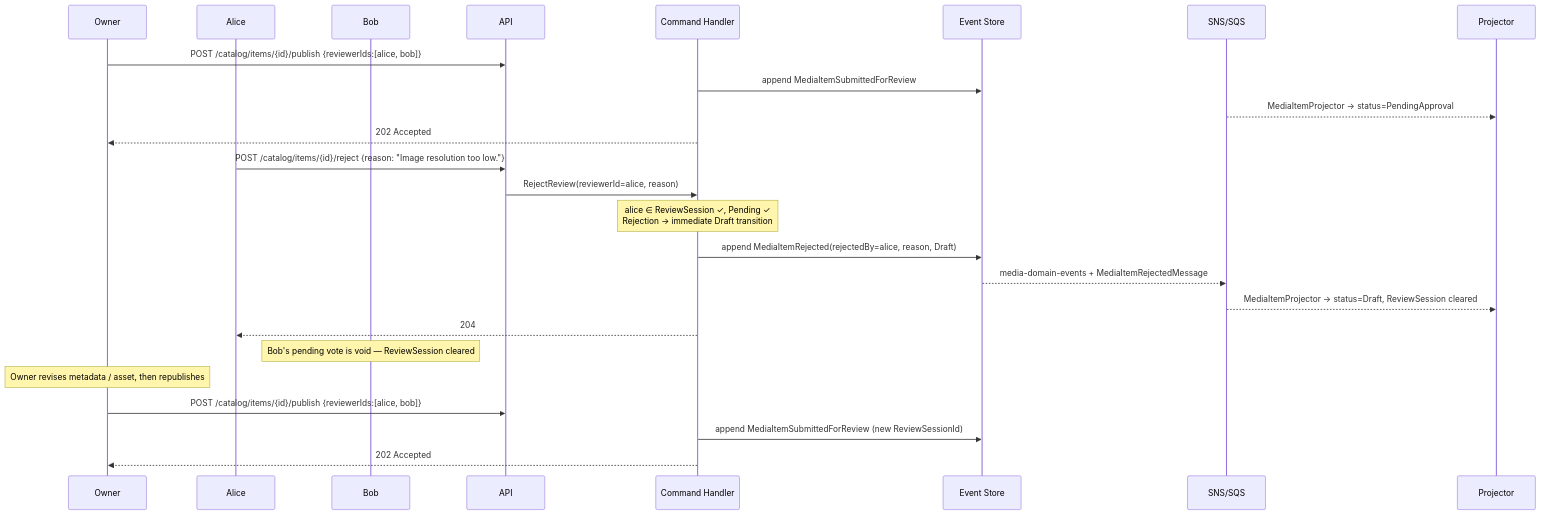
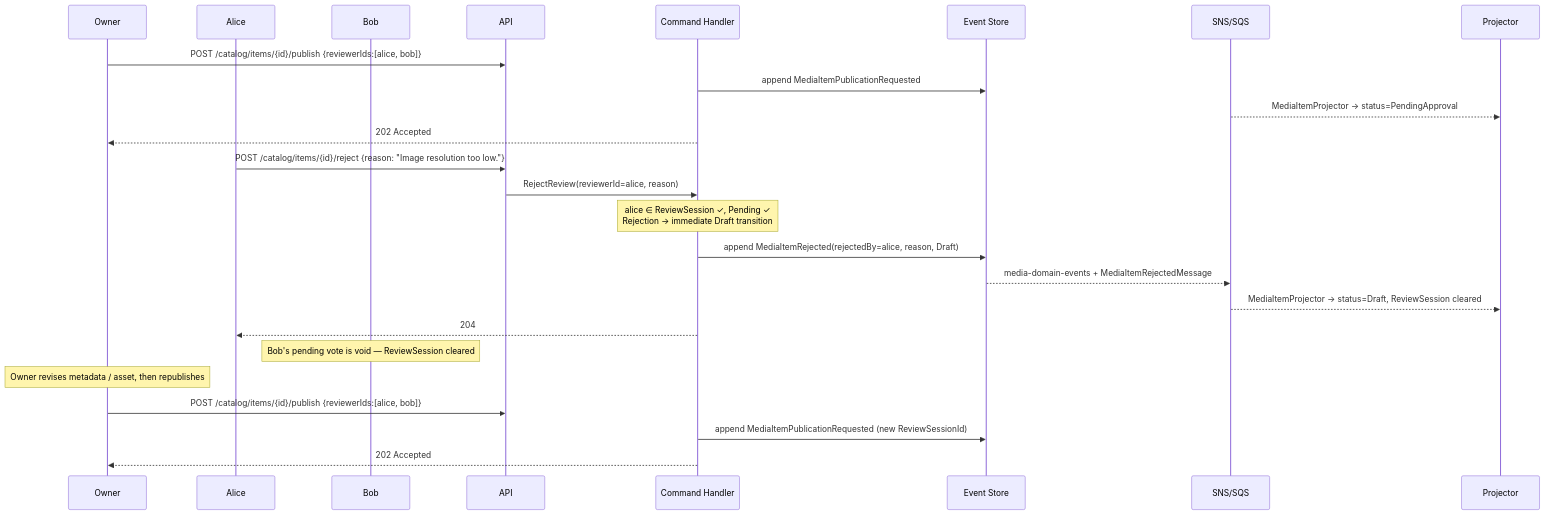
One commit to cramone/ais-os changed the third of 5 diagrams in projects/magiq-media/spec/contexts/Catalog/aggregates/MediaItem/mediaitem.scenarios.md. Above: the diagram before and after it, drawn with Mermaid. The commit also changed other lines of this file and 40 other files, not shown here.

````diff
--- a/projects/magiq-media/spec/contexts/Catalog/aggregates/MediaItem/mediaitem.scenarios.md
+++ b/projects/magiq-media/spec/contexts/Catalog/aggregates/MediaItem/mediaitem.scenarios.md
@@ -179,31 +179,31 @@
 ```mermaid
 sequenceDiagram
     participant Owner
     participant Alice
     participant Bob
     participant API
     participant CH as Command Handler
     participant ES as Event Store
     participant Bus as SNS/SQS
     participant Proj as Projector
 
     Owner->>API: POST /catalog/items/{id}/publish {reviewerIds:[alice, bob]}
-    CH->>ES: append MediaItemSubmittedForReview
+    CH->>ES: append MediaItemPublicationRequested
     Bus-->>Proj: MediaItemProjector → status=PendingApproval
     CH-->>Owner: 202 Accepted
 
     Alice->>API: POST /catalog/items/{id}/reject {reason: "Image resolution too low."}
     API->>CH: RejectReview(reviewerId=alice, reason)
     Note over CH: alice ∈ ReviewSession ✓, Pending ✓<br/>Rejection → immediate Draft transition
     CH->>ES: append MediaItemRejected(rejectedBy=alice, reason, Draft)
     ES-->>Bus: media-domain-events + MediaItemRejectedMessage
     Bus-->>Proj: MediaItemProjector → status=Draft, ReviewSession cleared
     CH-->>Alice: 204
 
     Note over Bob: Bob's pending vote is void — ReviewSession cleared
 
     Note over Owner: Owner revises metadata / asset, then republishes
     Owner->>API: POST /catalog/items/{id}/publish {reviewerIds:[alice, bob]}
-    CH->>ES: append MediaItemSubmittedForReview (new ReviewSessionId)
+    CH->>ES: append MediaItemPublicationRequested (new ReviewSessionId)
     CH-->>Owner: 202 Accepted
 ```
````
